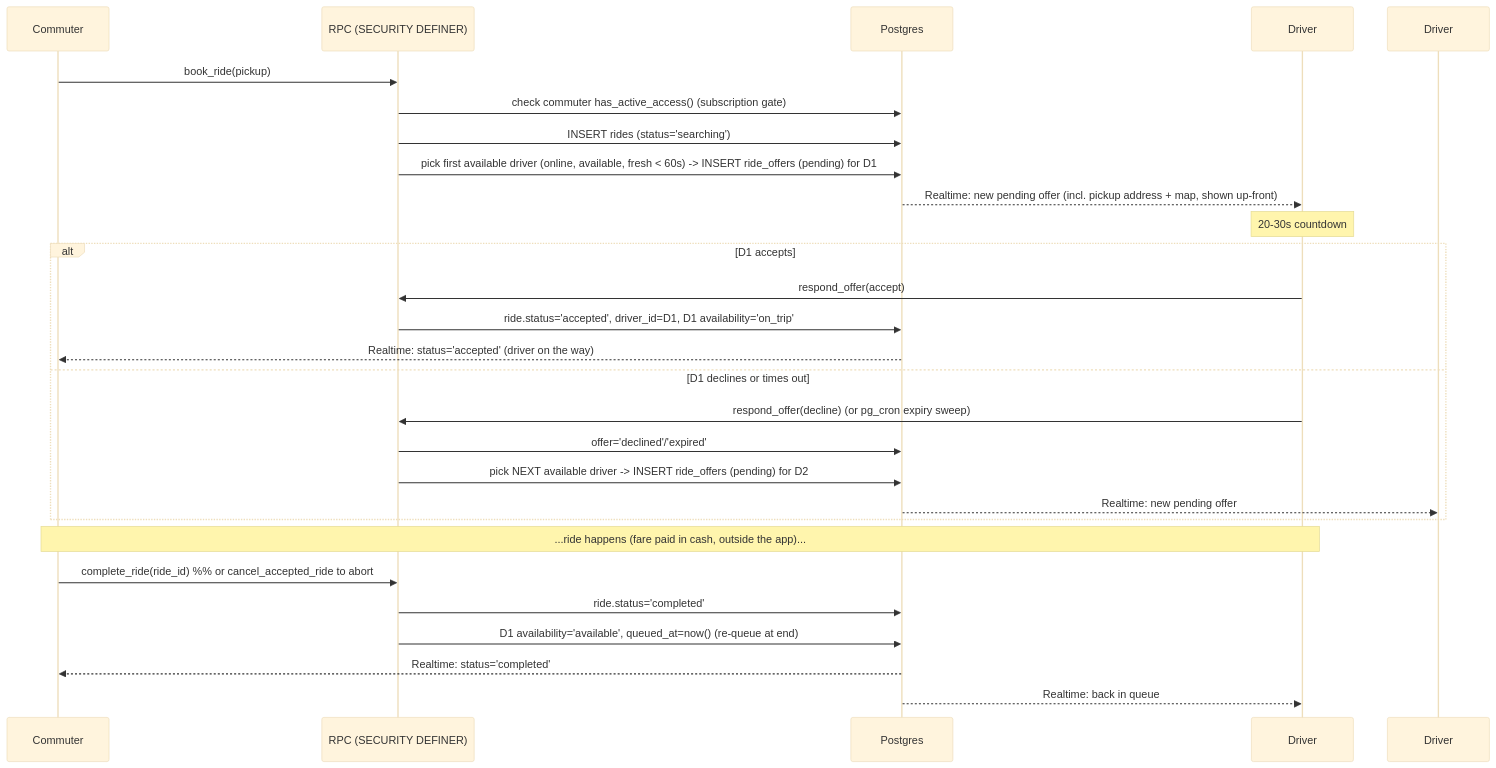
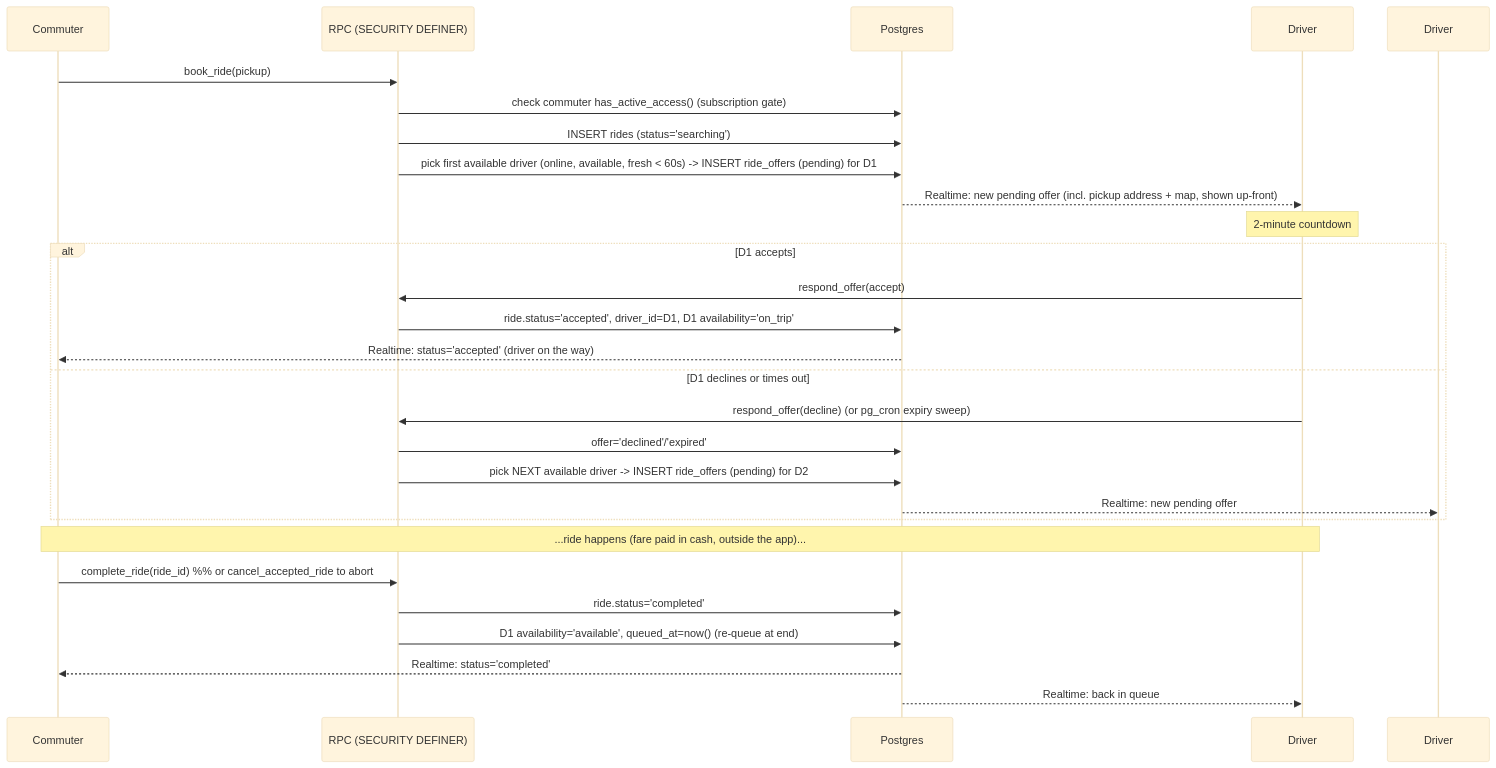
Before and after one commit to jenerdev/toda: the diagram in docs/ARCHITECTURE.md, drawn with Mermaid (base theme). The commit also changed other lines of this file and 6 other files, not shown here.

````diff
--- a/docs/ARCHITECTURE.md
+++ b/docs/ARCHITECTURE.md
@@ -99,33 +99,33 @@
 ```mermaid
 sequenceDiagram
     participant C as Commuter
     participant EF as RPC (SECURITY DEFINER)
     participant DB as Postgres
     participant D1 as Driver #1 (front of queue)
     participant D2 as Driver #2 (next)
 
     C->>EF: book_ride(pickup)
     EF->>DB: check commuter has_active_access()  (subscription gate)
     EF->>DB: INSERT rides (status='searching')
     EF->>DB: pick first available driver (online, available, fresh < 60s) -> INSERT ride_offers (pending) for D1
     DB-->>D1: Realtime: new pending offer (incl. pickup address + map, shown up-front)
-    Note over D1: 20-30s countdown
+    Note over D1: 2-minute countdown
 
     alt D1 accepts
         D1->>EF: respond_offer(accept)
         EF->>DB: ride.status='accepted', driver_id=D1, D1 availability='on_trip'
         DB-->>C: Realtime: status='accepted' (driver on the way)
     else D1 declines or times out
         D1->>EF: respond_offer(decline)  (or pg_cron expiry sweep)
         EF->>DB: offer='declined'/'expired'
         EF->>DB: pick NEXT available driver -> INSERT ride_offers (pending) for D2
         DB-->>D2: Realtime: new pending offer
     end
 
     Note over C,D1: ...ride happens (fare paid in cash, outside the app)...
     C->>EF: complete_ride(ride_id)   %% or cancel_accepted_ride to abort
     EF->>DB: ride.status='completed'
     EF->>DB: D1 availability='available', queued_at=now()  (re-queue at end)
     DB-->>C: Realtime: status='completed'
     DB-->>D1: Realtime: back in queue
 ```
````
